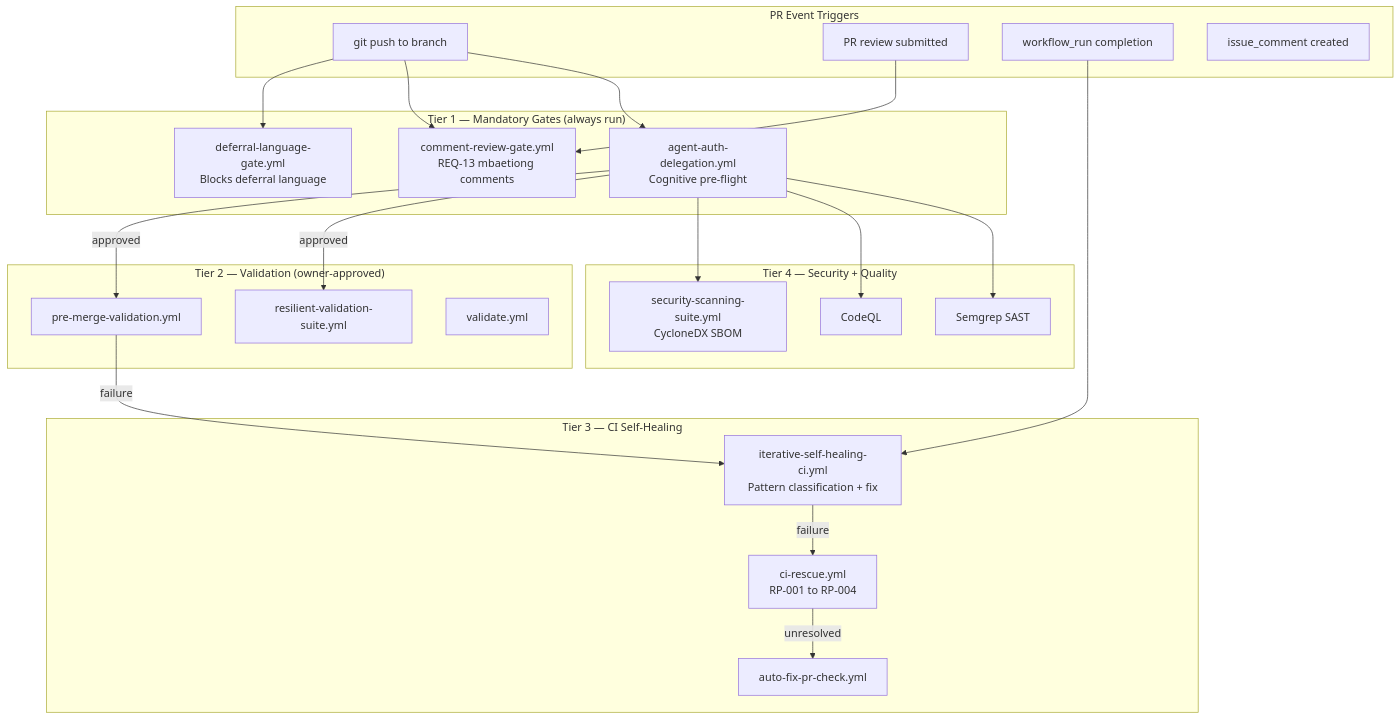
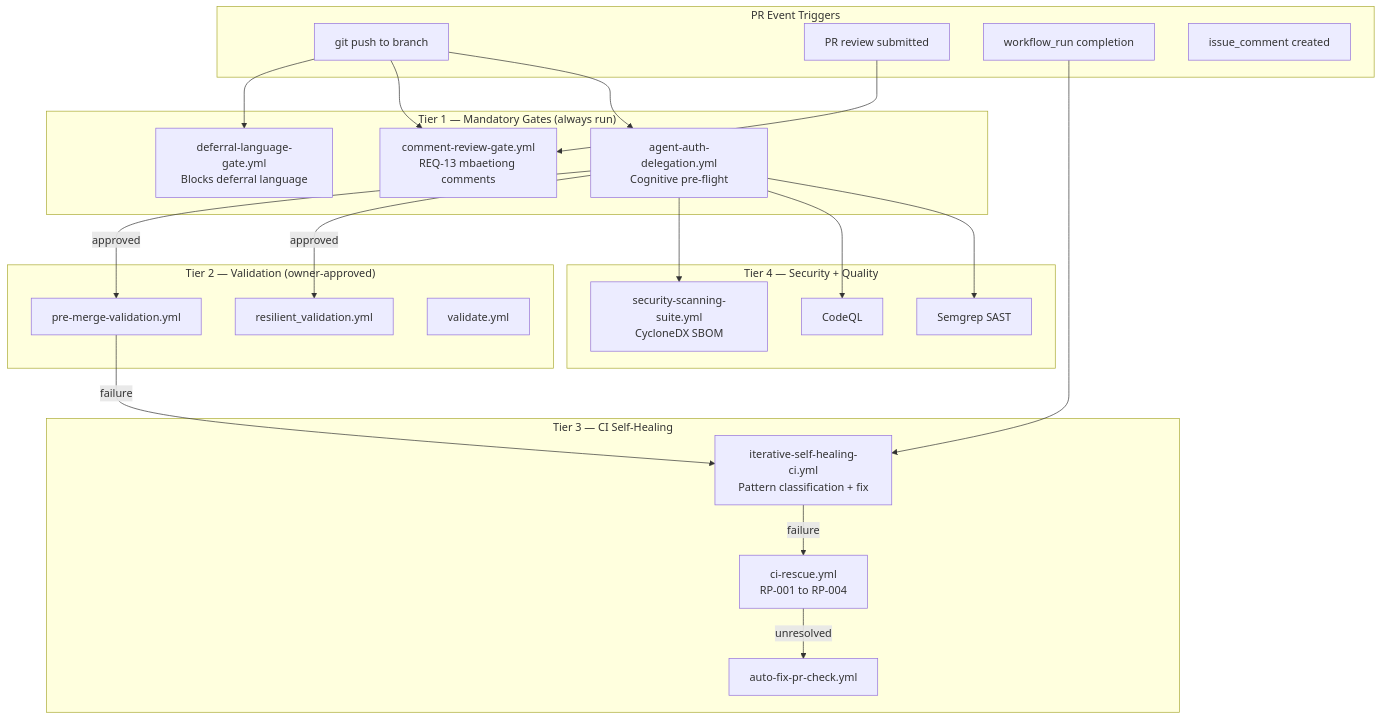
The second of 12 diagrams in docs/CODEBASE_MERMAID_MAPS.md (Aries-Serpent/_codex_), drawn with Mermaid before and after one commit. The commit also changed other lines of this file and 10 other files, not shown here.

````diff
--- a/docs/CODEBASE_MERMAID_MAPS.md
+++ b/docs/CODEBASE_MERMAID_MAPS.md
@@ -58,42 +58,42 @@
 ```mermaid
 flowchart TD
     subgraph "PR Event Triggers"
         PUSH[git push to branch]
         PR_REVIEW[PR review submitted]
         WFLOW_RUN[workflow_run completion]
         PR_COMMENT[issue_comment created]
     end
 
     subgraph "Tier 1 — Mandatory Gates (always run)"
         DEFERRAL[deferral-language-gate.yml\nBlocks deferral language]
         COMMENT_GATE[comment-review-gate.yml\nREQ-13 mbaetiong comments]
         AUTH[agent-auth-delegation.yml\nCognitive pre-flight]
     end
 
     subgraph "Tier 2 — Validation (owner-approved)"
         PREMERGE[pre-merge-validation.yml]
-        RESILIENT[resilient-validation-suite.yml]
+        RESILIENT[resilient_validation.yml]
         VALIDATE[validate.yml]
     end
 
     subgraph "Tier 3 — CI Self-Healing"
         HEALING[iterative-self-healing-ci.yml\nPattern classification + fix]
         RESCUE[ci-rescue.yml\nRP-001 to RP-004]
         AUTOFIX[auto-fix-pr-check.yml]
     end
 
     subgraph "Tier 4 — Security + Quality"
         SECURITY[security-scanning-suite.yml\nCycloneDX SBOM]
         CODEQL[CodeQL]
         SEMGREP[Semgrep SAST]
     end
 
     PUSH --> DEFERRAL & COMMENT_GATE & AUTH
     PR_REVIEW --> COMMENT_GATE
     WFLOW_RUN --> HEALING
     HEALING -->|failure| RESCUE
     RESCUE -->|unresolved| AUTOFIX
     AUTH -->|approved| PREMERGE & RESILIENT
     PREMERGE -->|failure| HEALING
     AUTH --> SECURITY & CODEQL & SEMGREP
 ```
````
